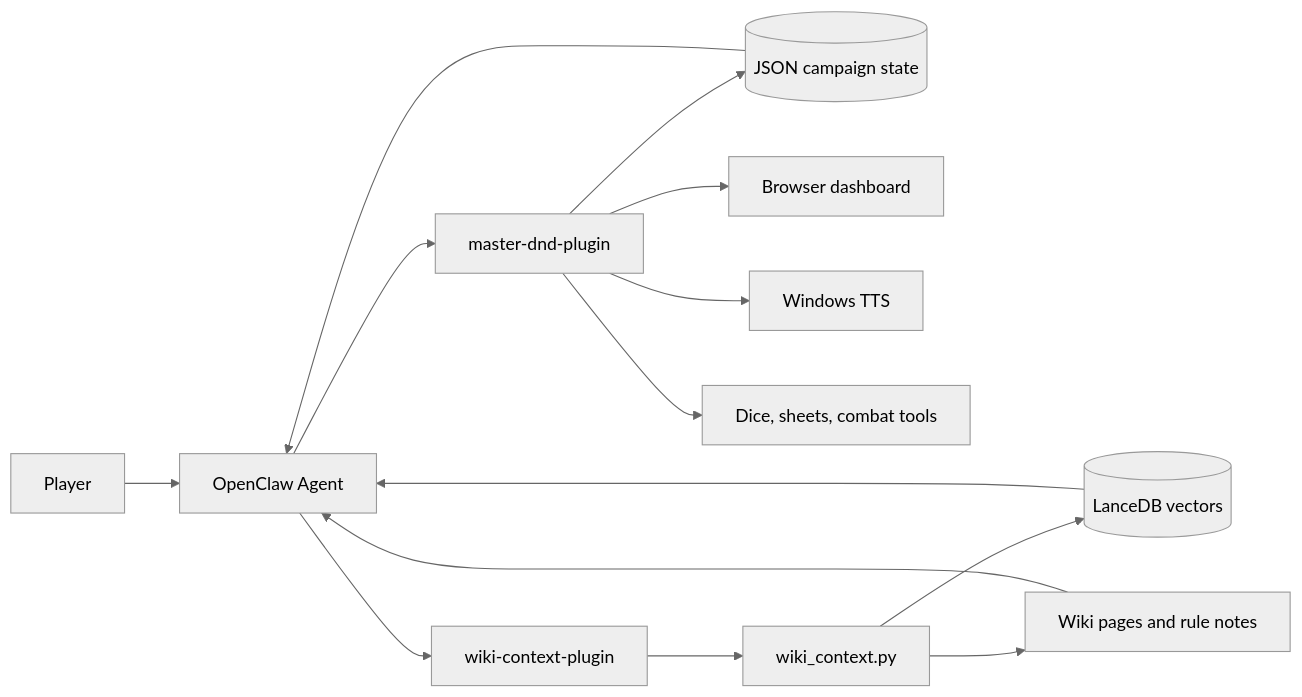
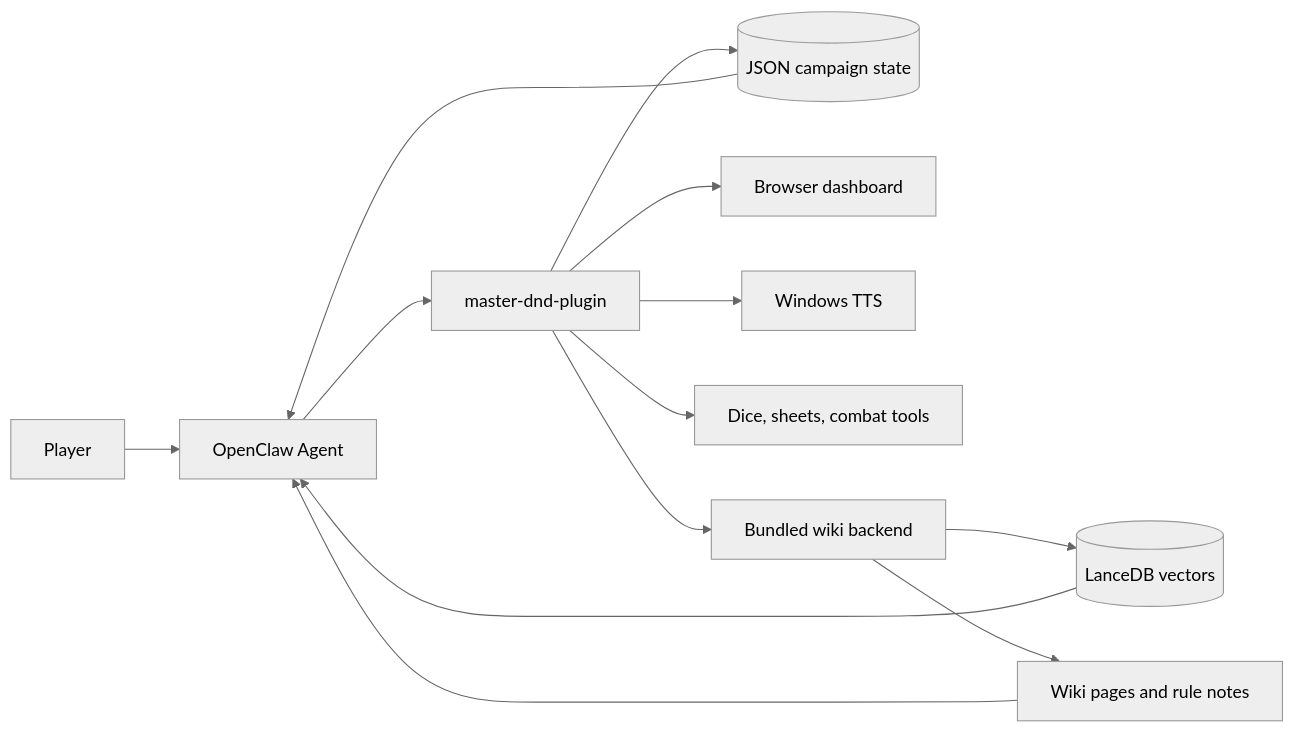
The diagram in README.md (giovannifrontera/master-gdr-d-d), drawn with Mermaid (neutral theme) before and after one commit. The commit also changed other lines of this file and 6 other files, not shown here.

Commit message:
Harden OpenClaw DnD plugin install

````diff
--- a/README.md
+++ b/README.md
@@ -45,19 +45,16 @@
 ```mermaid
 flowchart LR
     Player[Player] --> OpenClaw[OpenClaw Agent]
     OpenClaw --> GM[master-dnd-plugin]
-    OpenClaw --> WikiHook[wiki-context-plugin]
-
     GM --> State[(JSON campaign state)]
     GM --> Dashboard[Browser dashboard]
     GM --> TTS[Windows TTS]
     GM --> Tools[Dice, sheets, combat tools]
-
-    WikiHook --> WikiPy[wiki_context.py]
+    GM --> WikiPy[Bundled wiki backend]
     WikiPy --> Lance[(LanceDB vectors)]
     WikiPy --> Notes[Wiki pages and rule notes]
 
     State --> OpenClaw
     Lance --> OpenClaw
     Notes --> OpenClaw
 ```
````
